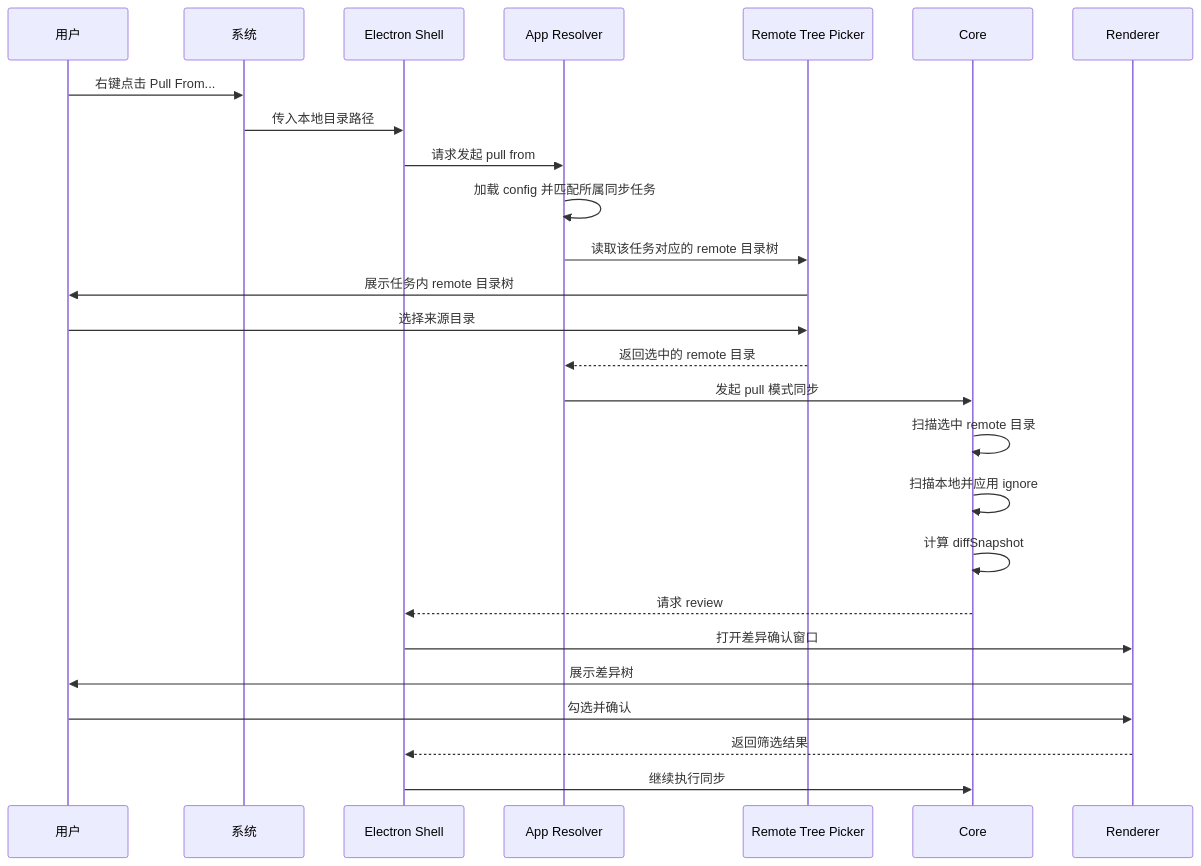
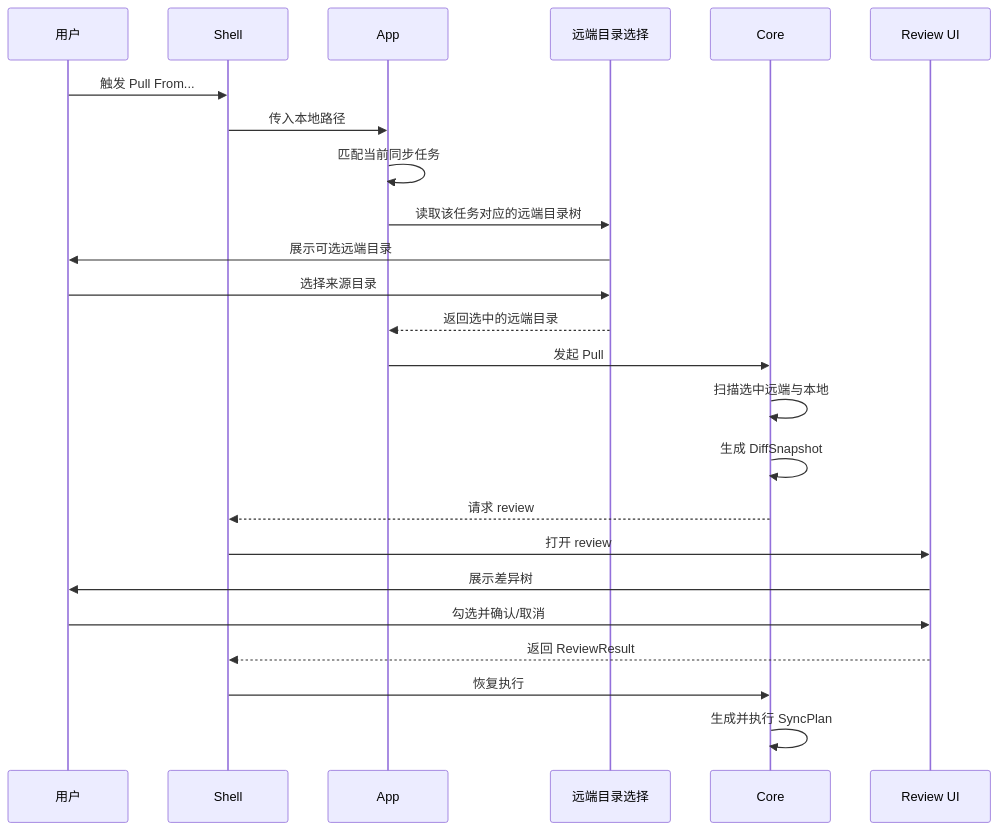
The seventh of 9 diagrams in docs/Flows.md (agalloch21/sync-with-rclone), drawn with Mermaid before and after one commit. The commit also changed other lines of this file and 4 other files, not shown here.

````diff
--- a/docs/Flows.md
+++ b/docs/Flows.md
@@ -208,29 +167,27 @@
 ```mermaid
 sequenceDiagram
   participant U as 用户
-  participant OS as 系统
-  participant M as Electron Shell
-  participant A as App Resolver
-  participant T as Remote Tree Picker
+  participant S as Shell
+  participant A as App
+  participant T as 远端目录选择
   participant C as Core
-  participant R as Renderer
+  participant R as Review UI
 
-  U->>OS: 右键点击 Pull From...
-  OS->>M: 传入本地目录路径
-  M->>A: 请求发起 pull from
-  A->>A: 加载 config 并匹配所属同步任务
-  A->>T: 读取该任务对应的 remote 目录树
-  T->>U: 展示任务内 remote 目录树
+  U->>S: 触发 Pull From...
+  S->>A: 传入本地路径
+  A->>A: 匹配当前同步任务
+  A->>T: 读取该任务对应的远端目录树
+  T->>U: 展示可选远端目录
   U->>T: 选择来源目录
-  T-->>A: 返回选中的 remote 目录
-  A->>C: 发起 pull 模式同步
-  C->>C: 扫描选中 remote 目录
-  C->>C: 扫描本地并应用 ignore
-  C->>C: 计算 diffSnapshot
-  C-->>M: 请求 review
-  M->>R: 打开差异确认窗口
+  T-->>A: 返回选中的远端目录
+  A->>C: 发起 Pull
+  C->>C: 扫描选中远端与本地
+  C->>C: 生成 DiffSnapshot
+  C-->>S: 请求 review
+  S->>R: 打开 review
   R->>U: 展示差异树
-  U->>R: 勾选并确认
-  R-->>M: 返回筛选结果
-  M->>C: 继续执行同步
+  U->>R: 勾选并确认/取消
+  R-->>S: 返回 ReviewResult
+  S->>C: 恢复执行
+  C->>C: 生成并执行 SyncPlan
 ```
````
